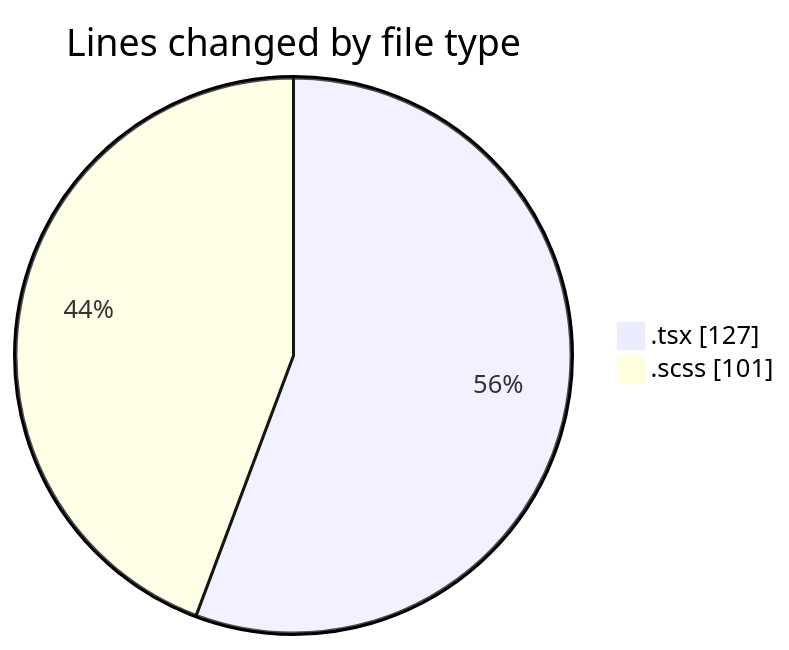
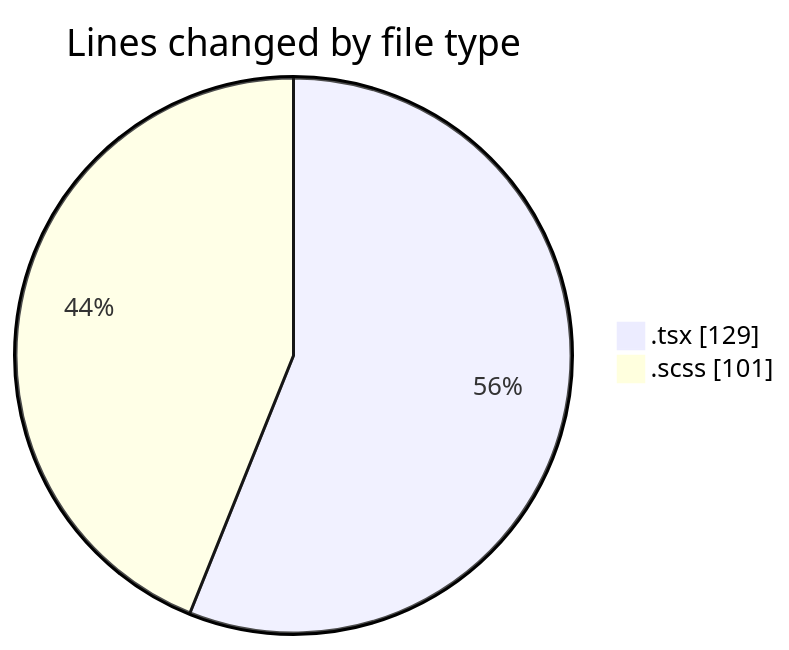
The first of 2 diagrams in 2026-04-16/cda/README.md (momahboobian/code-tracking), drawn with Mermaid before and after one commit. The commit also changed other lines of this file and 1 other file, not shown here.

````diff
--- a/2026-04-16/cda/README.md
+++ b/2026-04-16/cda/README.md
@@ -22,6 +22,6 @@
 ```mermaid
 pie showData
 title Lines changed by file type
-".tsx" : 127
+".tsx" : 129
 ".scss" : 101
 ```
````
